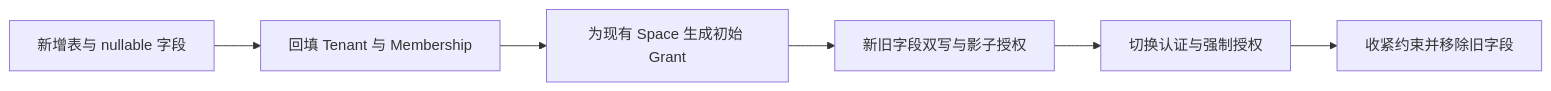
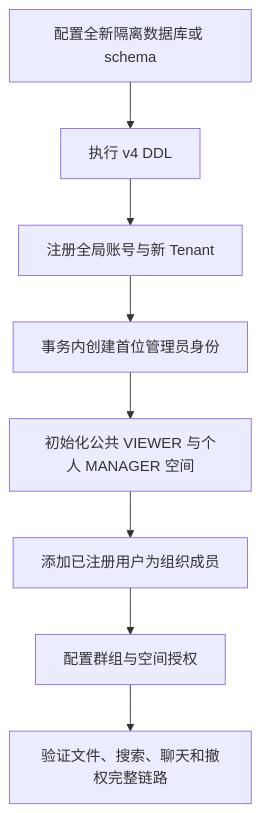
One commit to wanglei99999/arc-knowledge-ai changed the seventh of 7 diagrams in docs/superpowers/specs/2026-09-04-tenant-group-space-permission-design.md. Above: the diagram before and after it, drawn with Mermaid. The commit also changed other lines of this file and 66 other files, not shown here.

First line of the commit message:
feat(auth): implement tenant and space RBAC/ReBAC authorization

````diff
--- a/docs/superpowers/specs/2026-09-04-tenant-group-space-permission-design.md
+++ b/docs/superpowers/specs/2026-09-04-tenant-group-space-permission-design.md
@@ -763,8 +859,10 @@
 ```mermaid
-flowchart LR
-    A[新增表与 nullable 字段] --> B[回填 Tenant 与 Membership]
-    B --> C[为现有 Space 生成初始 Grant]
-    C --> D[新旧字段双写与影子授权]
-    D --> E[切换认证与强制授权]
-    E --> F[收紧约束并移除旧字段]
+flowchart TD
+    A["配置全新隔离数据库或 schema"] --> B["执行 v4 DDL"]
+    B --> C["注册全局账号与新 Tenant"]
+    C --> D["事务内创建首位管理员身份"]
+    D --> E["初始化公共 VIEWER 与个人 MANAGER 空间"]
+    E --> F["添加已注册用户为组织成员"]
+    F --> G["配置群组与空间授权"]
+    G --> H["验证文件、搜索、聊天和撤权完整链路"]
 ```
````
